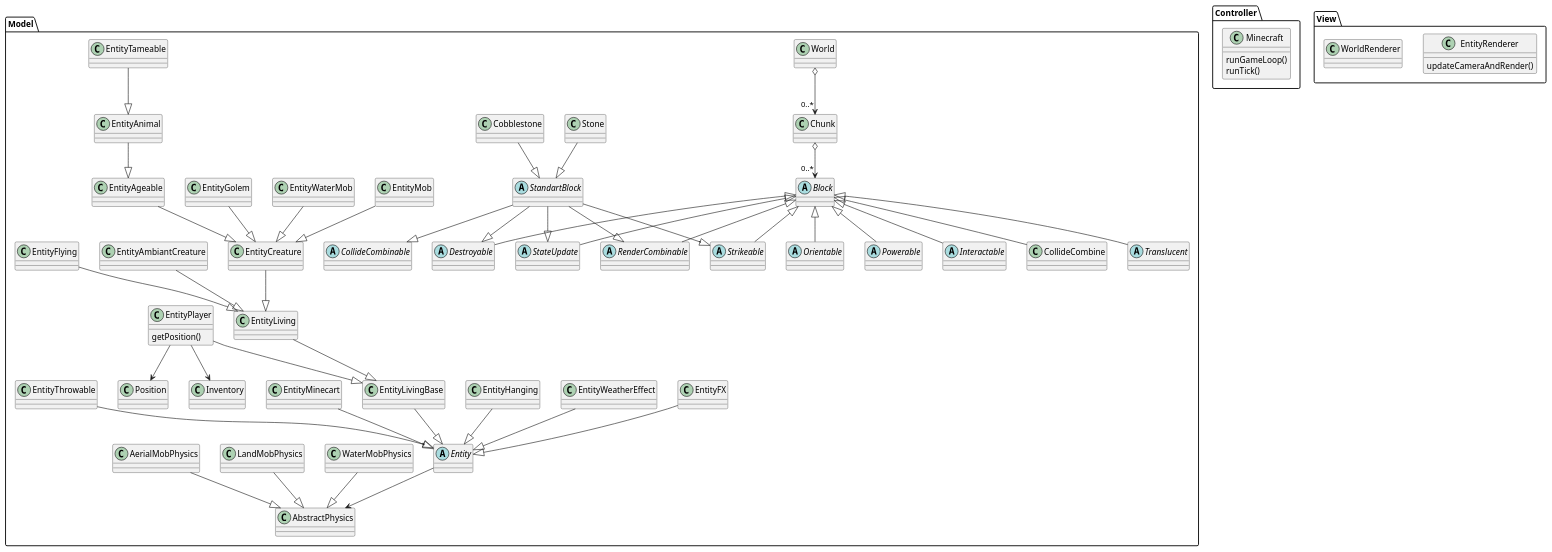
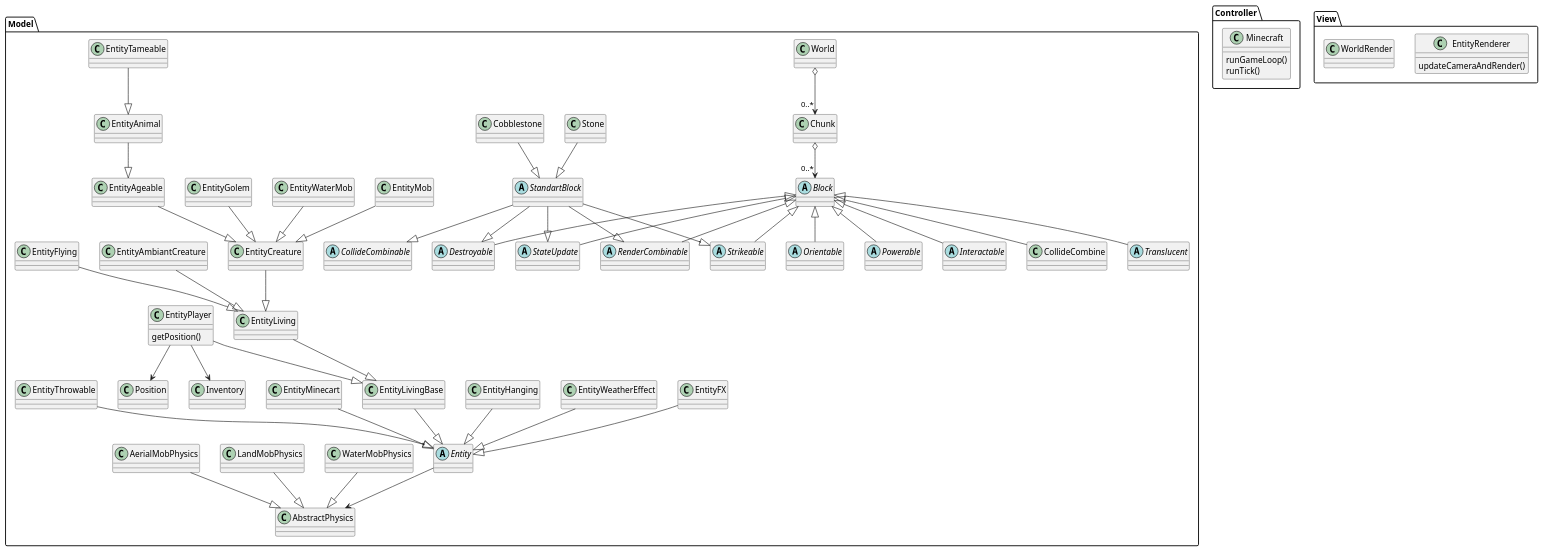
The diagram in Model/Master.puml (Protoke/AuPetitCraft), drawn with PlantUML before and after one commit. The commit also changed 36 other files, not shown here.

```diff
--- a/Model/Master.puml
+++ b/Model/Master.puml
@@ -1,107 +1,107 @@
 @startuml
 
 package Model{
     class World
     class Chunk
 
     abstract Block
     abstract Translucent
     abstract Orientable
     abstract Powerable
     abstract Interactable
     abstract CollideCombinable
     abstract RenderCombinable
     abstract Strikeable
     abstract Destroyable
     abstract StateUpdate
     abstract StandartBlock
 
     Block <|-- Translucent
     Block <|-- Orientable
     Block <|-- Powerable
     Block <|-- Interactable
     Block <|-- CollideCombine
     Block <|-- RenderCombinable
     Block <|-- Strikeable
     Block <|-- Destroyable
     Block <|-- StateUpdate
     StandartBlock --|> StateUpdate
     StandartBlock --|> Destroyable
     StandartBlock --|> Strikeable
     StandartBlock --|> RenderCombinable
     StandartBlock --|> CollideCombinable
 
     class Stone
     class Cobblestone
     Stone --|> StandartBlock
     Cobblestone --|> StandartBlock
 
     abstract Entity
     class EntityMinecart
     class EntityThrowable
     class EntityFX
     class EntityWeatherEffect
     class EntityHanging
     class EntityLivingBase
     class EntityPlayer {
     getPosition()
     }
     class EntityLiving
     class EntityAmbiantCreature
     class EntityFlying
     class EntityCreature
     class EntityMob
     class EntityWaterMob
     class EntityGolem
     class EntityAgeable
     class EntityAnimal
     class EntityTameable
 
     EntityMinecart --|> Entity
     EntityThrowable --|> Entity
     EntityFX --|> Entity
     EntityWeatherEffect --|> Entity
     EntityHanging --|> Entity
     EntityLivingBase --|> Entity
     EntityPlayer --|> EntityLivingBase
     EntityLiving --|> EntityLivingBase
     EntityAmbiantCreature --|> EntityLiving
     EntityFlying --|> EntityLiving
     EntityCreature --|> EntityLiving
     EntityMob --|> EntityCreature
     EntityWaterMob --|> EntityCreature
     EntityGolem --|> EntityCreature
     EntityAgeable --|> EntityCreature
     EntityAnimal --|> EntityAgeable
     EntityTameable --|> EntityAnimal
 
     class Position
     class Inventory
     class AbstractPhysics
 
     EntityPlayer --> Position
     EntityPlayer --> Inventory
     Entity --> AbstractPhysics
     WaterMobPhysics --|> AbstractPhysics
     LandMobPhysics --|> AbstractPhysics
     AerialMobPhysics --|> AbstractPhysics
 
     World o--> "0..*" Chunk
     Chunk o--> "0..*" Block
 }
 
 package Controller{
     class Minecraft{
         runGameLoop()
         runTick()
     }
 }
 
 package View{
     class EntityRenderer{
         updateCameraAndRender()
     }
-    class WorldRenderer
+    class WorldRender
 }
 
 @enduml
```
